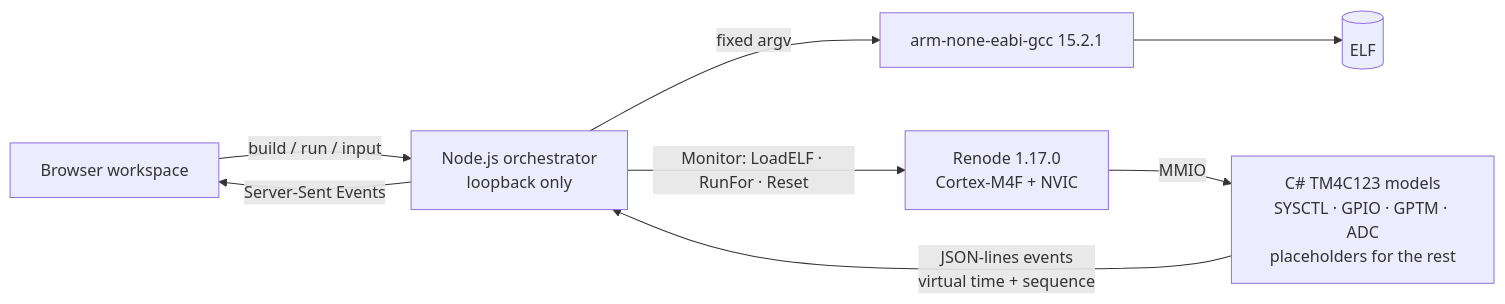
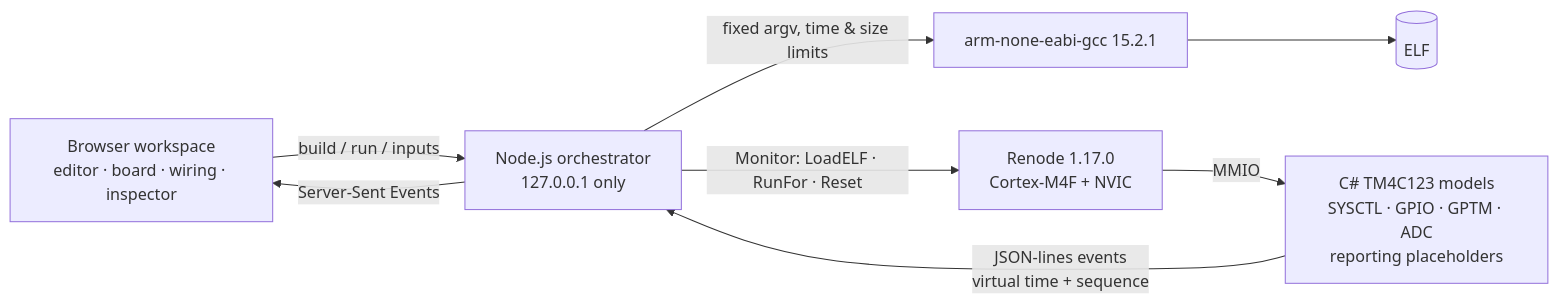
Before and after one commit to Khaledbaniodeh/TM4C123-simulator: the diagram in README.md, drawn with Mermaid. The commit also changed other lines of this file and 9 other files, not shown here.

````diff
--- a/README.md
+++ b/README.md
@@ -90,9 +99,9 @@
 ```mermaid
 flowchart LR
-  UI[Browser workspace] -- build / run / input --> ORCH[Node.js orchestrator<br/>loopback only]
-  ORCH -- fixed argv --> GCC[arm-none-eabi-gcc 15.2.1] --> ELF[(ELF)]
+  UI[Browser workspace<br/>editor · board · wiring · inspector] -- build / run / inputs --> ORCH[Node.js orchestrator<br/>127.0.0.1 only]
+  ORCH -- fixed argv, time & size limits --> GCC[arm-none-eabi-gcc 15.2.1] --> ELF[(ELF)]
   ORCH -- Monitor: LoadELF · RunFor · Reset --> R[Renode 1.17.0<br/>Cortex-M4F + NVIC]
-  R -- MMIO --> M[C# TM4C123 models<br/>SYSCTL · GPIO · GPTM · ADC<br/>placeholders for the rest]
+  R -- MMIO --> M[C# TM4C123 models<br/>SYSCTL · GPIO · GPTM · ADC<br/>reporting placeholders]
   M -- JSON-lines events<br/>virtual time + sequence --> ORCH
   ORCH -- Server-Sent Events --> UI
 ```
````
